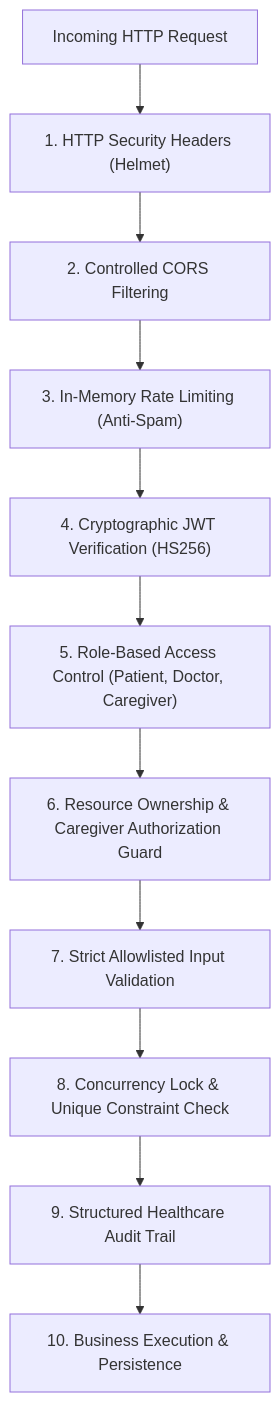
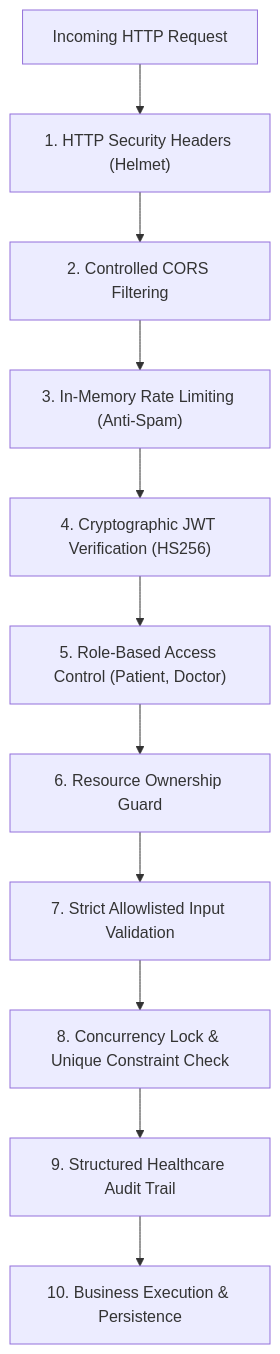
One commit to Raj-shukla-05/Hacksprint changed the diagram in DOCTOR_APPOINTMENT_SECURITY.md. Above: the diagram before and after it, drawn with Mermaid. The commit also changed other lines of this file and 32 other files, not shown here.

Commit message:
Remove caregiver role; app now supports patients and doctors only

````diff
--- a/DOCTOR_APPOINTMENT_SECURITY.md
+++ b/DOCTOR_APPOINTMENT_SECURITY.md
@@ -7,13 +7,13 @@
 ```mermaid
 flowchart TD
     Req["Incoming HTTP Request"] --> Hlm["1. HTTP Security Headers (Helmet)"]
     Hlm --> CORS["2. Controlled CORS Filtering"]
     CORS --> RL["3. In-Memory Rate Limiting (Anti-Spam)"]
     RL --> JWT["4. Cryptographic JWT Verification (HS256)"]
-    JWT --> RBAC["5. Role-Based Access Control (Patient, Doctor, Caregiver)"]
-    RBAC --> IDOR["6. Resource Ownership & Caregiver Authorization Guard"]
+    JWT --> RBAC["5. Role-Based Access Control (Patient, Doctor)"]
+    RBAC --> IDOR["6. Resource Ownership Guard"]
     IDOR --> Val["7. Strict Allowlisted Input Validation"]
     Val --> Concur["8. Concurrency Lock & Unique Constraint Check"]
     Concur --> Audit["9. Structured Healthcare Audit Trail"]
     Audit --> Exec["10. Business Execution & Persistence"]
 ```
````
